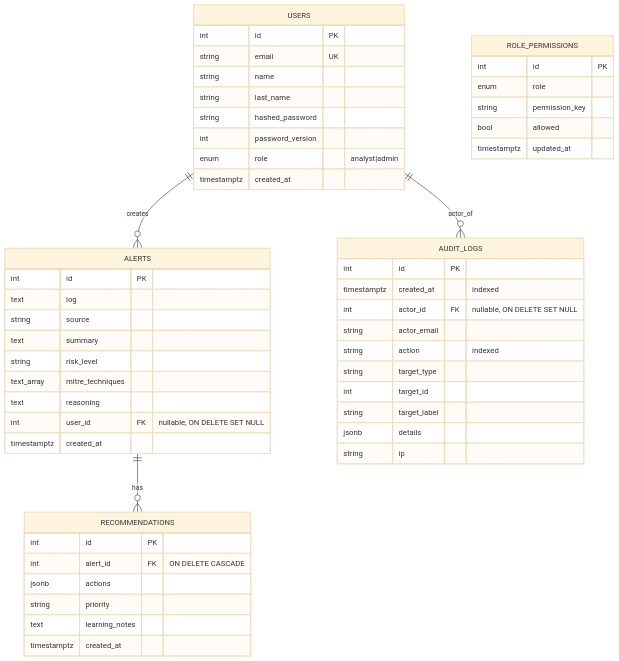
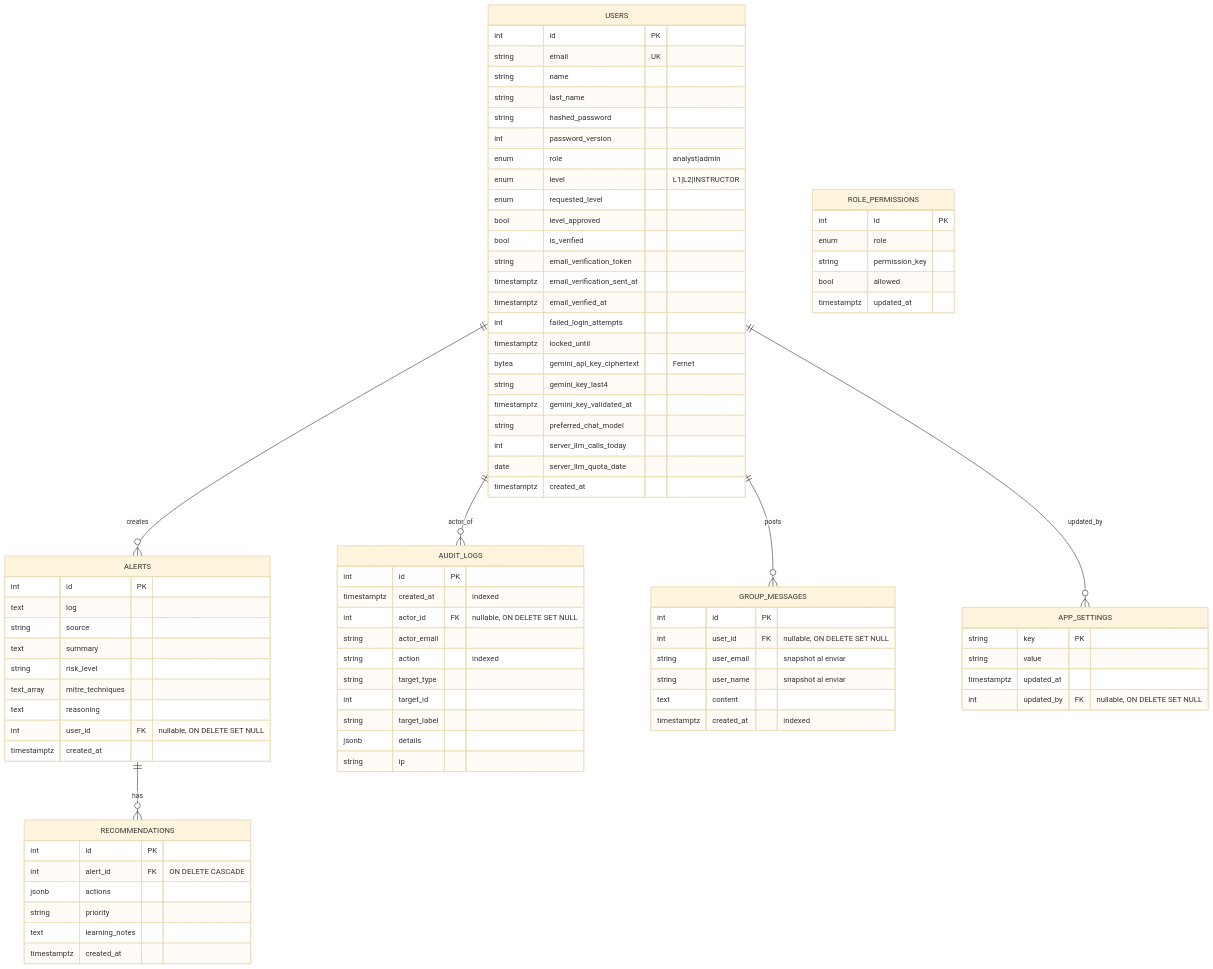
Before and after one commit to f3l0X/soc-copilot: the fourth of 13 diagrams in docs/09-diagramas.md, drawn with Mermaid (base theme). The commit also changed other lines of this file and 14 other files, not shown here.

````diff
--- a/docs/09-diagramas.md
+++ b/docs/09-diagramas.md
@@ -159,6 +159,8 @@
 erDiagram
     USERS ||--o{ ALERTS : creates
     USERS ||--o{ AUDIT_LOGS : actor_of
+    USERS ||--o{ GROUP_MESSAGES : posts
+    USERS ||--o{ APP_SETTINGS : updated_by
     ALERTS ||--o{ RECOMMENDATIONS : has
 
     USERS {
@@ -169,6 +171,21 @@
         string hashed_password
         int password_version
         enum role "analyst|admin"
+        enum level "L1|L2|INSTRUCTOR"
+        enum requested_level
+        bool level_approved
+        bool is_verified
+        string email_verification_token
+        timestamptz email_verification_sent_at
+        timestamptz email_verified_at
+        int failed_login_attempts
+        timestamptz locked_until
+        bytea gemini_api_key_ciphertext "Fernet"
+        string gemini_key_last4
+        timestamptz gemini_key_validated_at
+        string preferred_chat_model
+        int server_llm_calls_today
+        date server_llm_quota_date
         timestamptz created_at
     }
     ALERTS {
@@ -209,4 +226,18 @@
         bool allowed
         timestamptz updated_at
     }
+    APP_SETTINGS {
+        string key PK
+        string value
+        timestamptz updated_at
+        int updated_by FK "nullable, ON DELETE SET NULL"
+    }
+    GROUP_MESSAGES {
+        int id PK
+        int user_id FK "nullable, ON DELETE SET NULL"
+        string user_email "snapshot al enviar"
+        string user_name "snapshot al enviar"
+        text content
+        timestamptz created_at "indexed"
+    }
 ```
````
